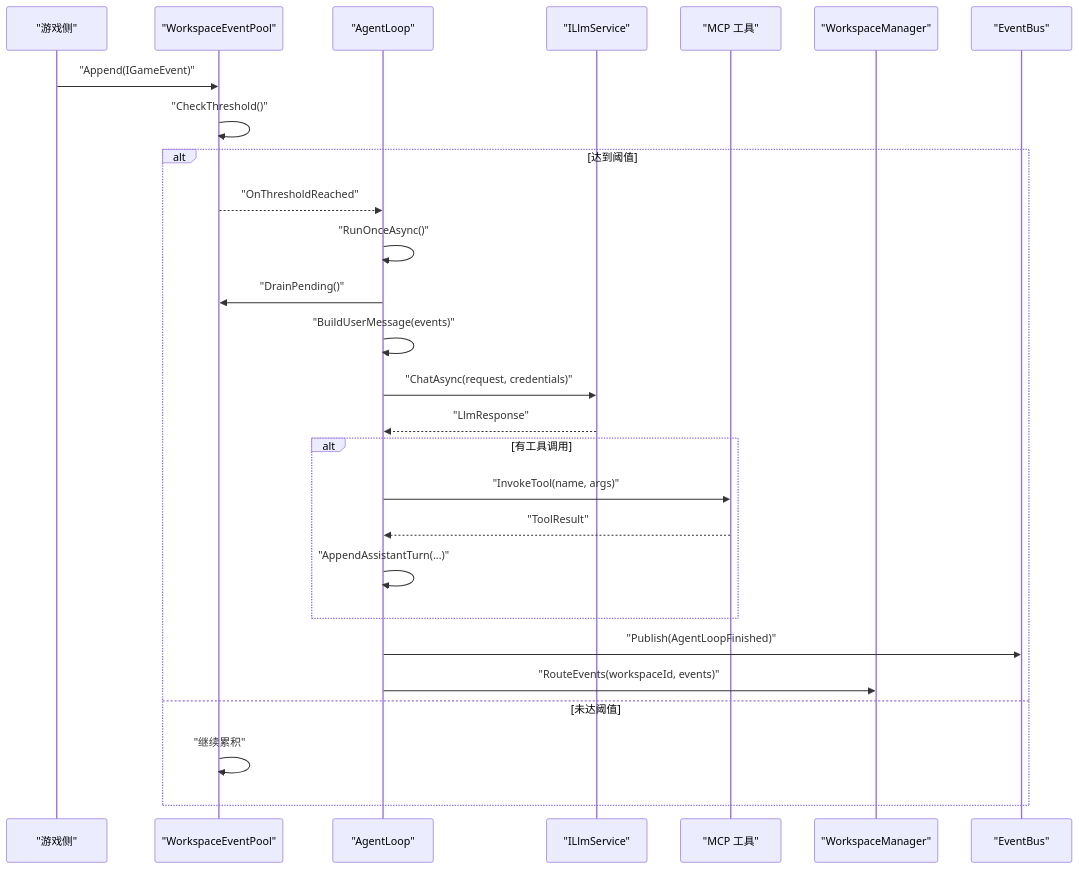
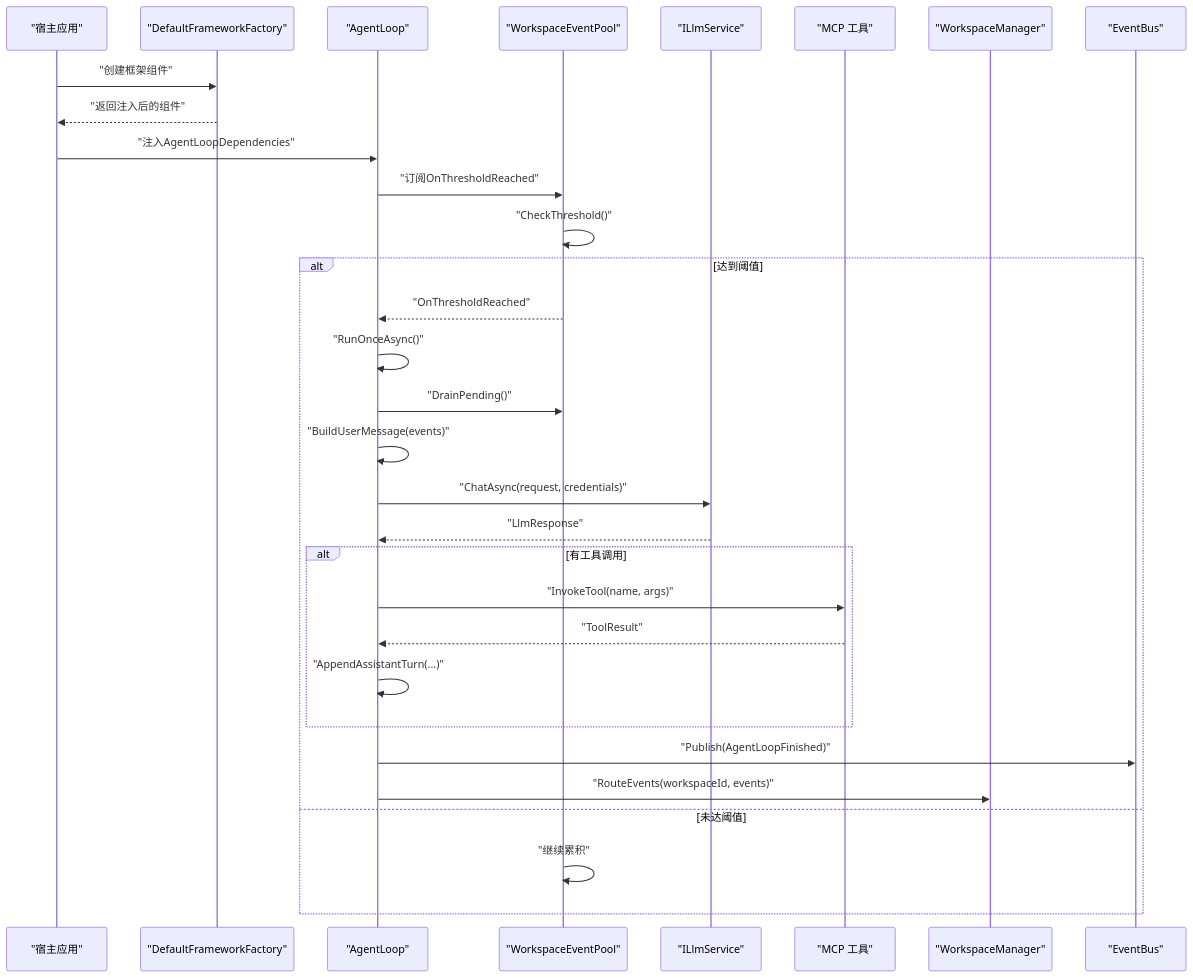
Before and after one commit to suzvka/NPCLife: the second of 10 diagrams in .qoder/repowiki/zh/content/架构设计/核心组件设计.md, drawn with Mermaid. The commit also changed other lines of this file and 28 other files, not shown here.

````diff
--- a/.qoder/repowiki/zh/content/架构设计/核心组件设计.md
+++ b/.qoder/repowiki/zh/content/架构设计/核心组件设计.md
@@ -142,29 +188,33 @@
 ```mermaid
 sequenceDiagram
-participant Game as "游戏侧"
+participant Host as "宿主应用"
+participant Factory as "DefaultFrameworkFactory"
+participant Agent as "AgentLoop"
 participant Pool as "WorkspaceEventPool"
-participant Agent as "AgentLoop"
 participant LLM as "ILlmService"
 participant MCP as "MCP 工具"
 participant WS as "WorkspaceManager"
 participant Bus as "EventBus"
-Game->>Pool : "Append(IGameEvent)"
+Host->>Factory : "创建框架组件"
+Factory-->>Host : "返回注入后的组件"
+Host->>Agent : "注入AgentLoopDependencies"
+Agent->>Pool : "订阅OnThresholdReached"
 Pool->>Pool : "CheckThreshold()"
 alt 达到阈值
 Pool-->>Agent : "OnThresholdReached"
 Agent->>Agent : "RunOnceAsync()"
 Agent->>Pool : "DrainPending()"
 Agent->>Agent : "BuildUserMessage(events)"
 Agent->>LLM : "ChatAsync(request, credentials)"
 LLM-->>Agent : "LlmResponse"
 alt 有工具调用
 Agent->>MCP : "InvokeTool(name, args)"
 MCP-->>Agent : "ToolResult"
 Agent->>Agent : "AppendAssistantTurn(...)"
 end
 Agent->>Bus : "Publish(AgentLoopFinished)"
 Agent->>WS : "RouteEvents(workspaceId, events)"
 else 未达阈值
 Pool->>Pool : "继续累积"
 end
 ```
````
